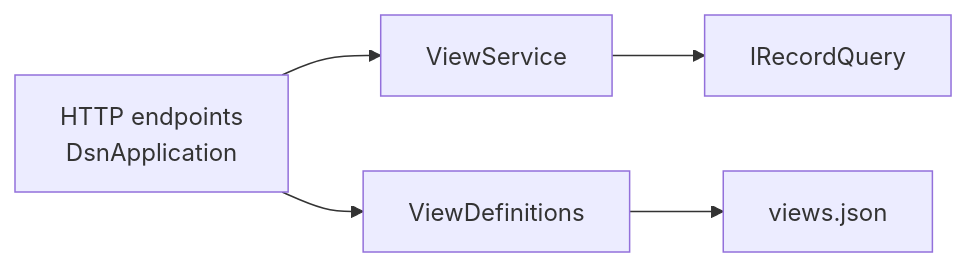
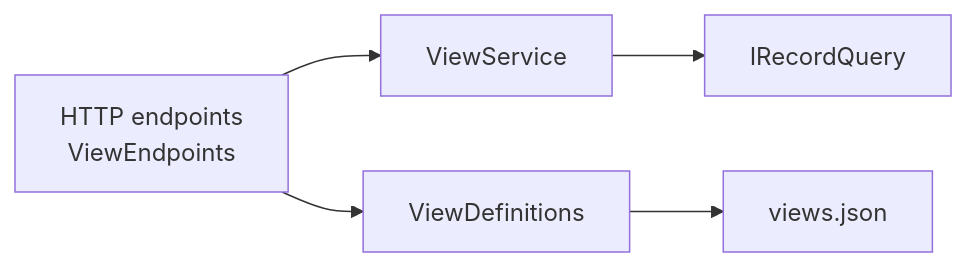
One commit to south-hive/project-dsn changed the sixth of 7 diagrams in docs/05-component-design.md. Above: the diagram before and after it, drawn with Mermaid. The commit also changed other lines of this file and 73 other files, not shown here.

````diff
--- a/docs/05-component-design.md
+++ b/docs/05-component-design.md
@@ -176,7 +180,7 @@
 ```mermaid
 flowchart LR
-    H["HTTP endpoints<br/>DsnApplication"] --> V["ViewService"]
+    H["HTTP endpoints<br/>ViewEndpoints"] --> V["ViewService"]
     H --> D["ViewDefinitions"]
     V --> Q["IRecordQuery"]
     D --> F["views.json"]
 ```
````
